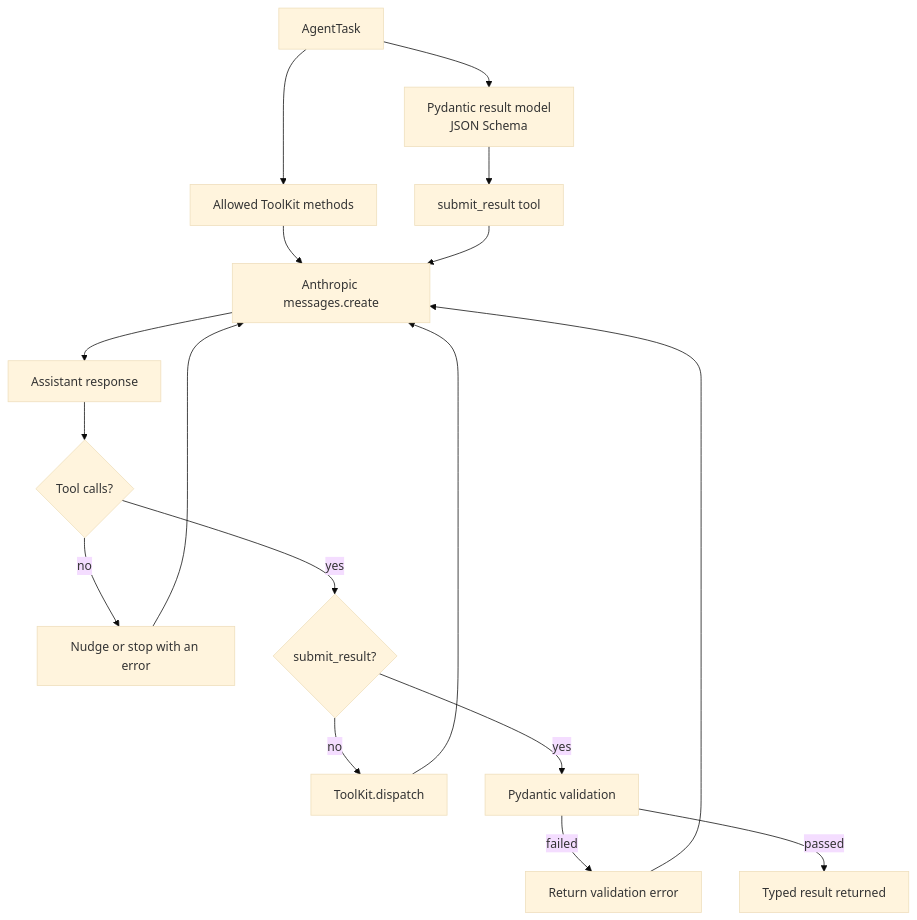
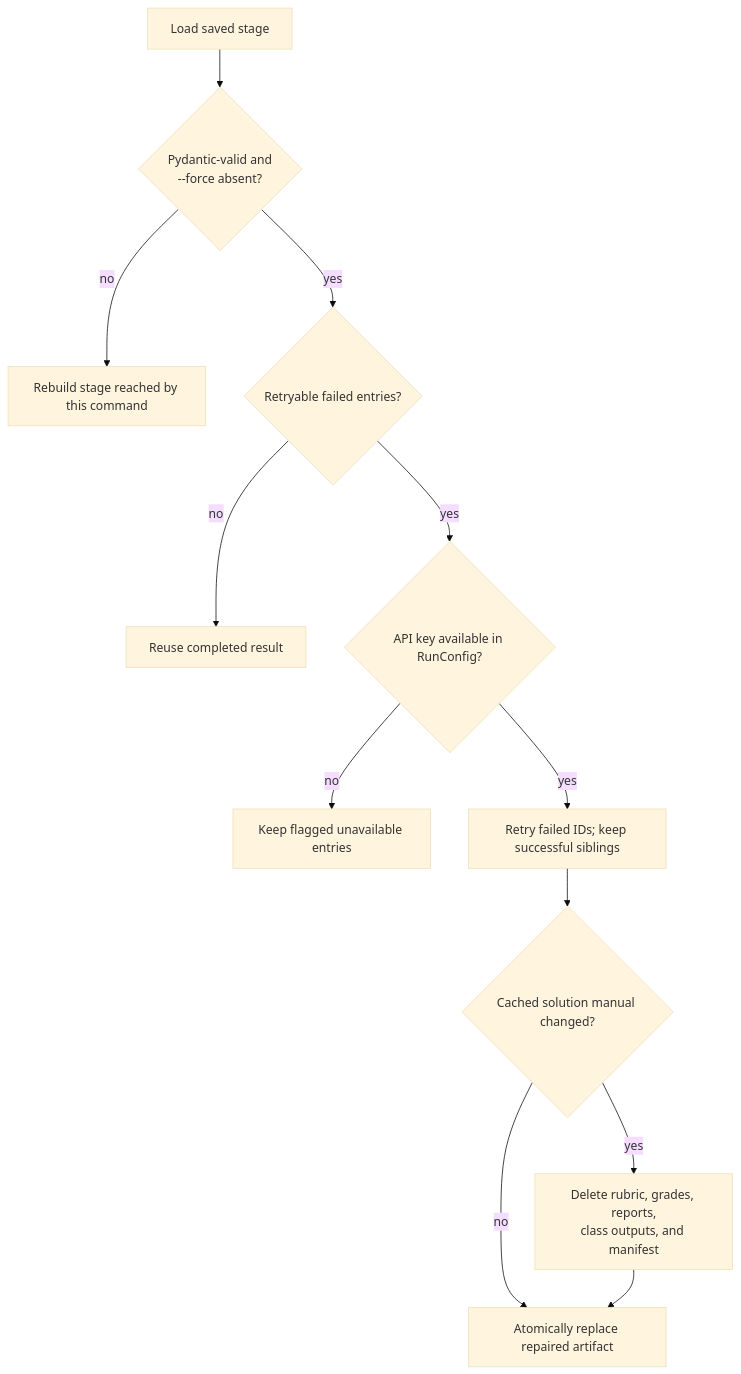
Before and after one commit to johnswyou/autograder: the third of 3 diagrams in docs/architecture.md, drawn with Mermaid (base theme). The commit also changed other lines of this file, not shown here.

Commit message:
docs: rewrite architecture around runtime

````diff
--- a/docs/architecture.md
+++ b/docs/architecture.md
@@ -545,23 +440,14 @@
 ```mermaid
 flowchart TD
-  TASK["AgentTask"] --> SCHEMA["Pydantic result model<br/>JSON Schema"]
-  TASK --> TOOLS["Allowed ToolKit methods"]
-  SCHEMA --> SUBMIT["submit_result tool"]
-  TOOLS --> API["Anthropic messages.create"]
-  SUBMIT --> API
-
-  API --> RESPONSE["Assistant response"]
-  RESPONSE --> HAS_TOOL{"Tool calls?"}
-
-  HAS_TOOL -- no --> NUDGE["Nudge or stop with an error"]
-  NUDGE --> API
-
-  HAS_TOOL -- yes --> TOOLTYPE{"submit_result?"}
-  TOOLTYPE -- no --> DISPATCH["ToolKit.dispatch"]
-  DISPATCH --> API
-
-  TOOLTYPE -- yes --> VALIDATE["Pydantic validation"]
-  VALIDATE -- failed --> REPAIR["Return validation error"]
-  REPAIR --> API
-  VALIDATE -- passed --> RESULT["Typed result returned"]
+  LOAD["Load saved stage"] --> VALID{"Pydantic-valid and<br/>--force absent?"}
+  VALID -- no --> REBUILD["Rebuild stage reached by this command"]
+  VALID -- yes --> FAILED{"Retryable failed entries?"}
+  FAILED -- no --> REUSE["Reuse completed result"]
+  FAILED -- yes --> KEY{"API key available in RunConfig?"}
+  KEY -- no --> KEEP["Keep flagged unavailable entries"]
+  KEY -- yes --> RETRY["Retry failed IDs; keep successful siblings"]
+  RETRY --> SOLCHG{"Cached solution manual changed?"}
+  SOLCHG -- yes --> INVALIDATE["Delete rubric, grades, reports,<br/>class outputs, and manifest"]
+  SOLCHG -- no --> SAVE["Atomically replace repaired artifact"]
+  INVALIDATE --> SAVE
 ```
````
